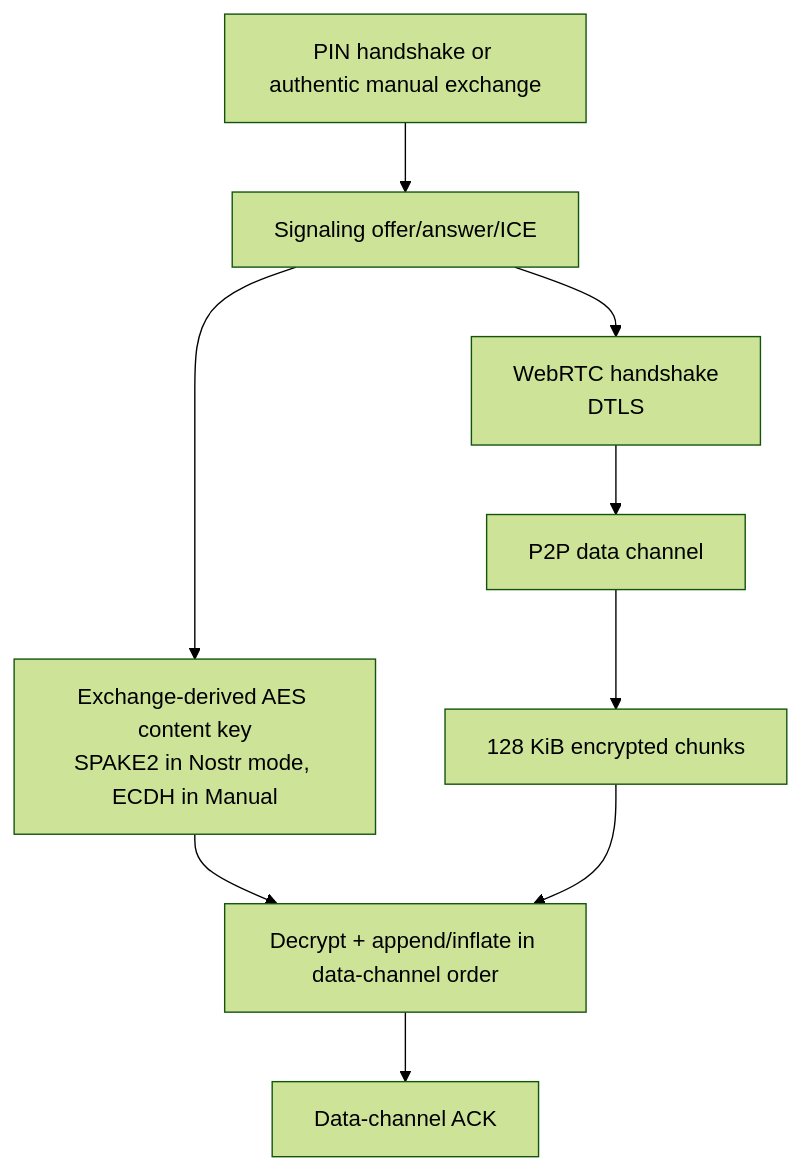
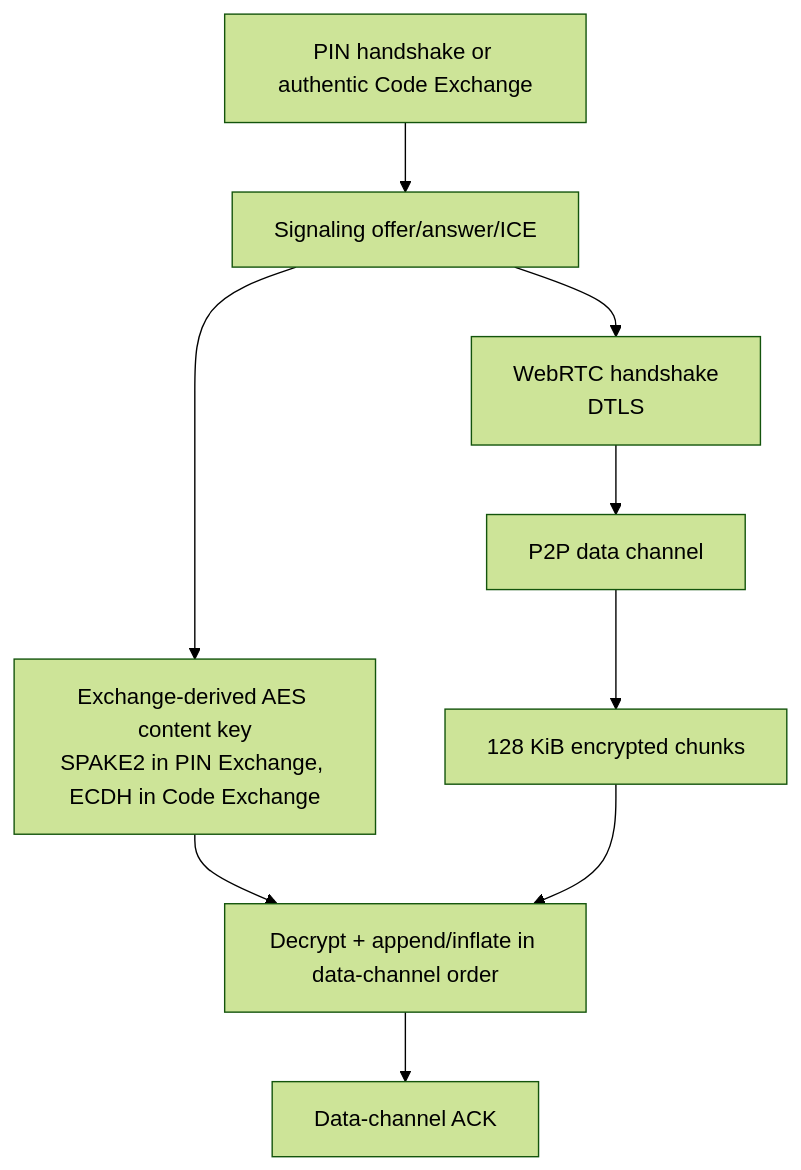
Before and after one commit to andrewtheguy/ptransfer: the fifth of 5 diagrams in docs/ARCHITECTURE.md, drawn with Mermaid (forest theme). The commit also changed other lines of this file and 40 other files, not shown here.

````diff
--- a/docs/ARCHITECTURE.md
+++ b/docs/ARCHITECTURE.md
@@ -679,11 +679,11 @@
 ```mermaid
 flowchart TD
-    Secret[PIN handshake or authentic manual exchange] --> Signaling[Signaling offer/answer/ICE]
-    Signaling --> Key[Exchange-derived AES content key<br/>SPAKE2 in Nostr mode, ECDH in Manual]
+    Secret[PIN handshake or authentic Code Exchange] --> Signaling[Signaling offer/answer/ICE]
+    Signaling --> Key[Exchange-derived AES content key<br/>SPAKE2 in PIN Exchange, ECDH in Code Exchange]
     Signaling --> DTLS[WebRTC handshake<br/>DTLS]
     DTLS --> Channel[P2P data channel]
     Channel --> Chunks[128 KiB encrypted chunks]
     Key --> Write[Decrypt + append/inflate in data-channel order]
     Chunks --> Write
     Write --> Ack[Data-channel ACK]
 ```
````
